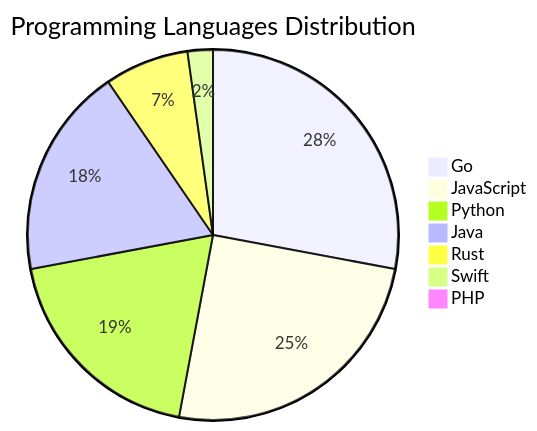
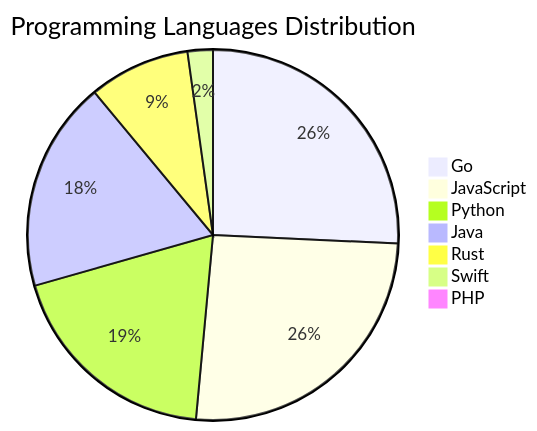
The diagram in README.md (Derrick-MUGISHA/github-activity-bot), drawn with Mermaid before and after one commit. The commit also changed other lines of this file and 4 other files, not shown here.

````diff
--- a/README.md
+++ b/README.md
@@ -207,10 +207,10 @@
 ```mermaid
 pie title Programming Languages Distribution
-    "Go" : 38
-    "JavaScript" : 34
+    "Go" : 35
+    "JavaScript" : 35
     "Python" : 26
     "Java" : 25
-    "Rust" : 10
+    "Rust" : 12
     "Swift" : 3
     "PHP" : 1
 ```
````
